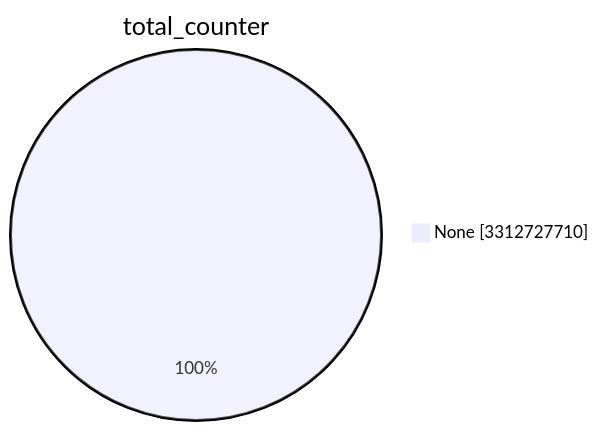
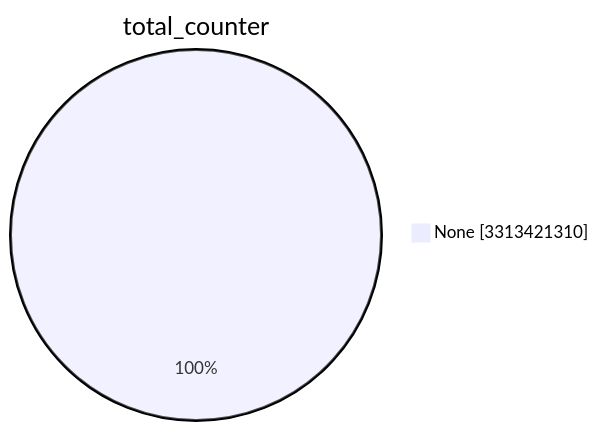
Before and after one commit to christiankrug/ctmonitor_visualization: the first of 15 diagrams in TOTAL/README.md, drawn with Mermaid. The commit also changed other lines of this file, not shown here.

````diff
--- a/TOTAL/README.md
+++ b/TOTAL/README.md
@@ -1,5 +1,5 @@
 ```mermaid
 pie showData
 title total_counter
-"None" :3312727710
+"None" :3313421310
 ```
````
